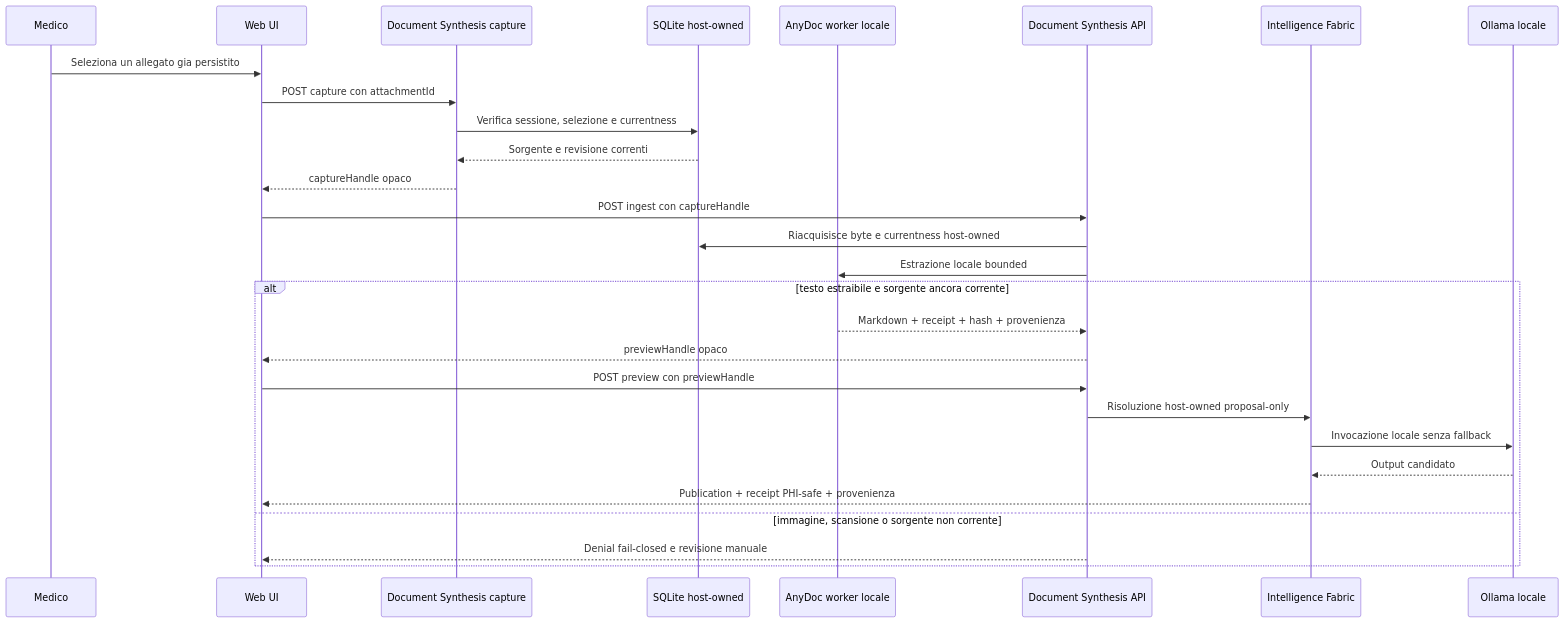
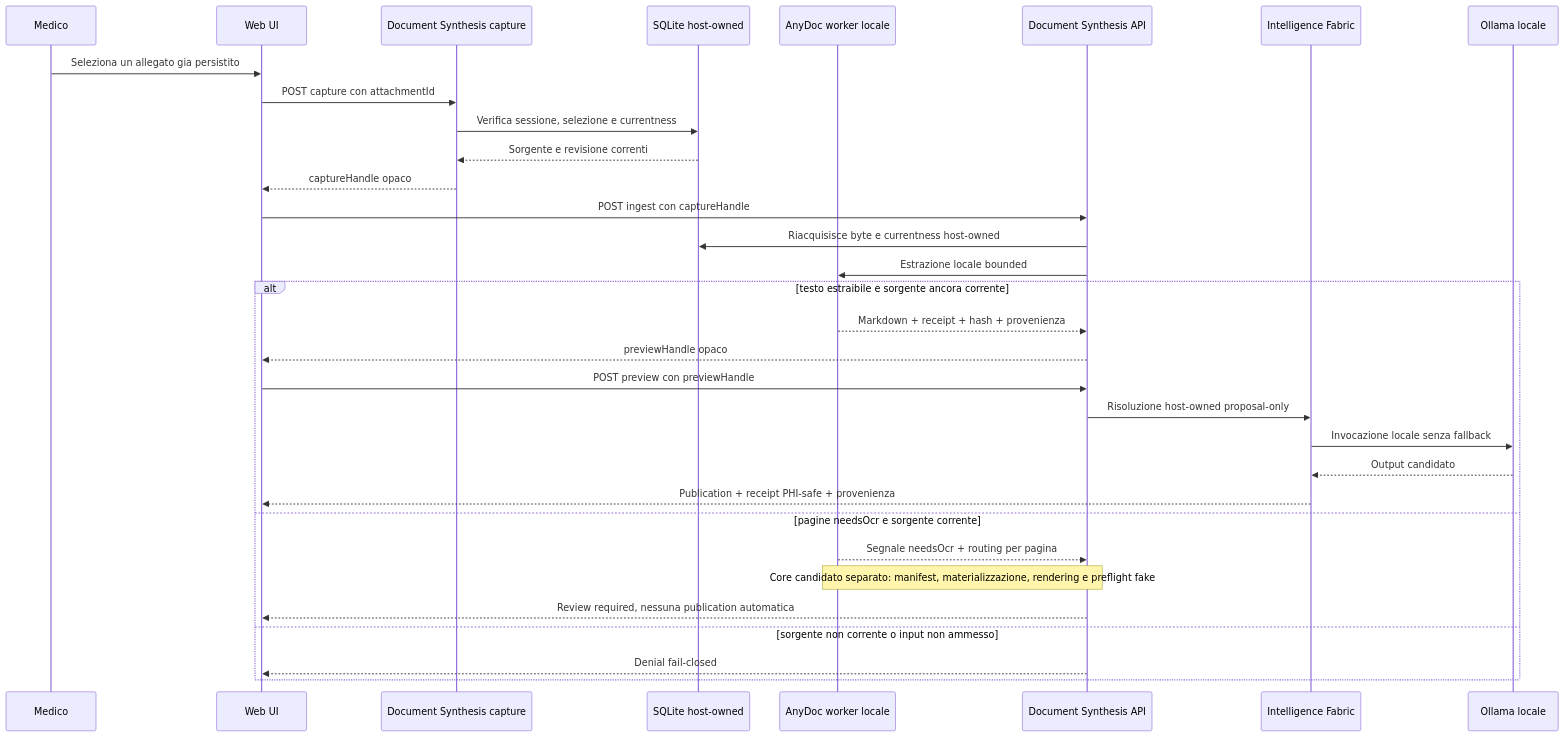
One commit to Wulfgardr/mediflow changed the seventh of 12 diagrams in docs/topologia-dati-flussi.md. Above: the diagram before and after it, drawn with Mermaid. The commit also changed other lines of this file and 12 other files, not shown here.

````diff
--- a/docs/topologia-dati-flussi.md
+++ b/docs/topologia-dati-flussi.md
@@ -291,30 +291,34 @@
 ```mermaid
 sequenceDiagram
     participant Clinician as Medico
     participant UI as Web UI
     participant Capture as Document Synthesis capture
     participant DB as SQLite host-owned
     participant AnyDoc as AnyDoc worker locale
     participant DocAPI as Document Synthesis API
     participant Fabric as Intelligence Fabric
     participant Ollama as Ollama locale
     Clinician->>UI: Seleziona un allegato gia persistito
     UI->>Capture: POST capture con attachmentId
     Capture->>DB: Verifica sessione, selezione e currentness
     DB-->>Capture: Sorgente e revisione correnti
     Capture-->>UI: captureHandle opaco
     UI->>DocAPI: POST ingest con captureHandle
     DocAPI->>DB: Riacquisisce byte e currentness host-owned
     DocAPI->>AnyDoc: Estrazione locale bounded
     alt testo estraibile e sorgente ancora corrente
         AnyDoc-->>DocAPI: Markdown + receipt + hash + provenienza
         DocAPI-->>UI: previewHandle opaco
         UI->>DocAPI: POST preview con previewHandle
         DocAPI->>Fabric: Risoluzione host-owned proposal-only
         Fabric->>Ollama: Invocazione locale senza fallback
         Ollama-->>Fabric: Output candidato
         Fabric-->>UI: Publication + receipt PHI-safe + provenienza
-    else immagine, scansione o sorgente non corrente
-        DocAPI-->>UI: Denial fail-closed e revisione manuale
+    else pagine needsOcr e sorgente corrente
+        AnyDoc-->>DocAPI: Segnale needsOcr + routing per pagina
+        Note over AnyDoc,DocAPI: Core candidato separato: manifest, materializzazione, rendering e preflight fake
+        DocAPI-->>UI: Review required, nessuna publication automatica
+    else sorgente non corrente o input non ammesso
+        DocAPI-->>UI: Denial fail-closed
     end
 ```
````
